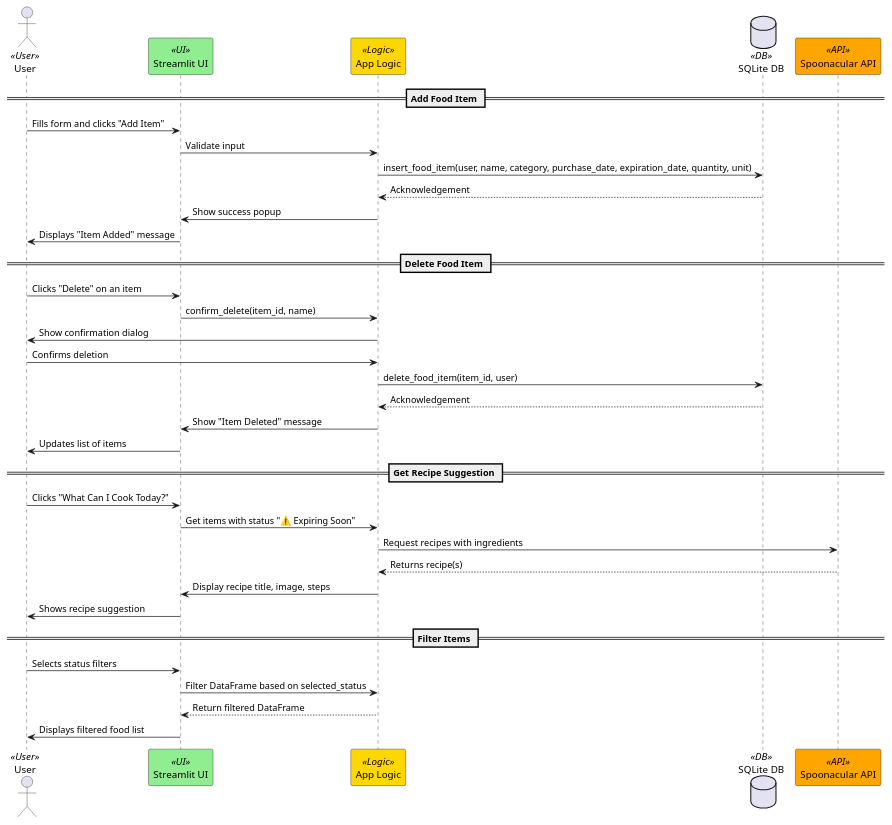
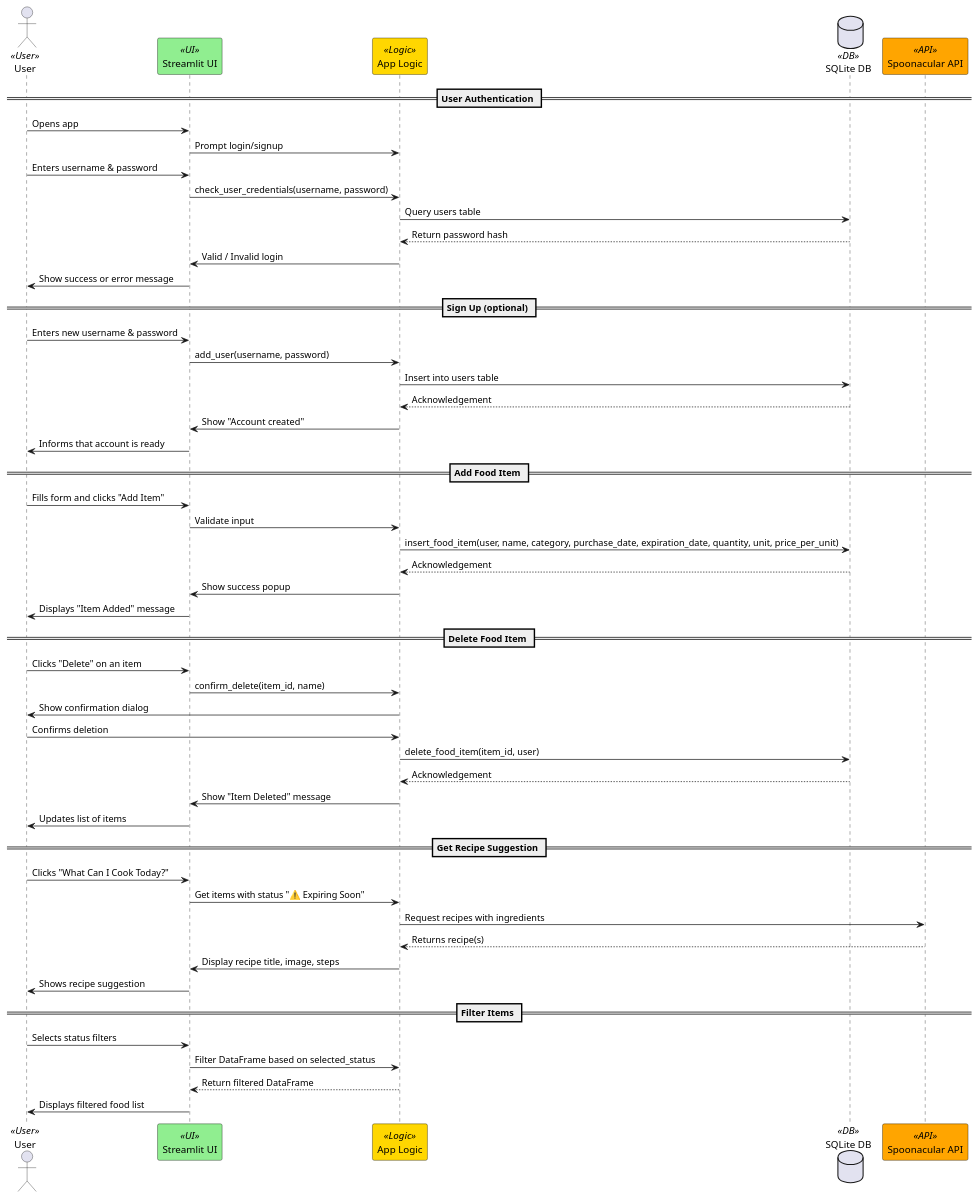
The diagram in sections/03-design/sequencediagram.puml (unibo-dtm-se-2425-Wasted/report), drawn with PlantUML before and after one commit. The commit also changed 9 other files, not shown here.

```diff
--- a/sections/03-design/sequencediagram.puml
+++ b/sections/03-design/sequencediagram.puml
@@ -1,48 +1,66 @@
 @startuml
 skinparam participant {
   BackgroundColor<<User>> #ADD8E6
   BackgroundColor<<UI>> #90EE90
   BackgroundColor<<Logic>> #FFD700
   BackgroundColor<<DB>> #FFB6C1
   BackgroundColor<<API>> #FFA500
   BorderColor black
 }
 
 actor User <<User>>
 participant "Streamlit UI" as UI <<UI>>
 participant "App Logic" as Logic <<Logic>>
 database "SQLite DB" as DB <<DB>>
 participant "Spoonacular API" as API <<API>>
 
+== User Authentication ==
+User -> UI : Opens app
+UI -> Logic : Prompt login/signup
+User -> UI : Enters username & password
+UI -> Logic : check_user_credentials(username, password)
+Logic -> DB : Query users table
+DB --> Logic : Return password hash
+Logic -> UI : Valid / Invalid login
+UI -> User : Show success or error message
+
+== Sign Up (optional) ==
+User -> UI : Enters new username & password
+UI -> Logic : add_user(username, password)
+Logic -> DB : Insert into users table
+DB --> Logic : Acknowledgement
+Logic -> UI : Show "Account created"
+UI -> User : Informs that account is ready
+
 == Add Food Item ==
 User -> UI : Fills form and clicks "Add Item"
 UI -> Logic : Validate input
-Logic -> DB : insert_food_item(user, name, category, purchase_date, expiration_date, quantity, unit)
+Logic -> DB : insert_food_item(user, name, category, purchase_date, expiration_date, quantity, unit, price_per_unit)
 DB --> Logic : Acknowledgement
 Logic -> UI : Show success popup
 UI -> User : Displays "Item Added" message
 
 == Delete Food Item ==
 User -> UI : Clicks "Delete" on an item
 UI -> Logic : confirm_delete(item_id, name)
 Logic -> User : Show confirmation dialog
 User -> Logic : Confirms deletion
 Logic -> DB : delete_food_item(item_id, user)
 DB --> Logic : Acknowledgement
 Logic -> UI : Show "Item Deleted" message
 UI -> User : Updates list of items
 
 == Get Recipe Suggestion ==
 User -> UI : Clicks "What Can I Cook Today?"
 UI -> Logic : Get items with status "⚠️ Expiring Soon"
 Logic -> API : Request recipes with ingredients
 API --> Logic : Returns recipe(s)
 Logic -> UI : Display recipe title, image, steps
 UI -> User : Shows recipe suggestion
 
 == Filter Items ==
 User -> UI : Selects status filters
 UI -> Logic : Filter DataFrame based on selected_status
 Logic --> UI : Return filtered DataFrame
 UI -> User : Displays filtered food list
 @enduml
```
